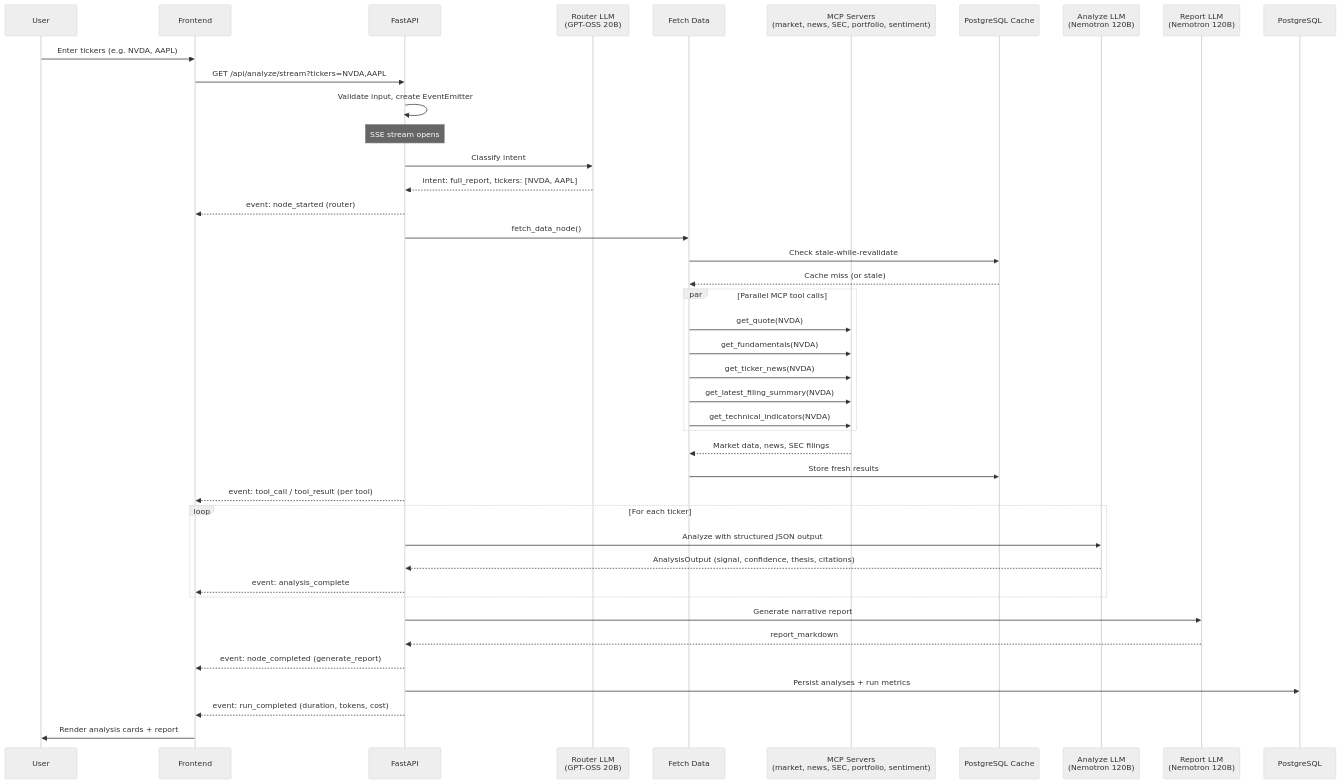
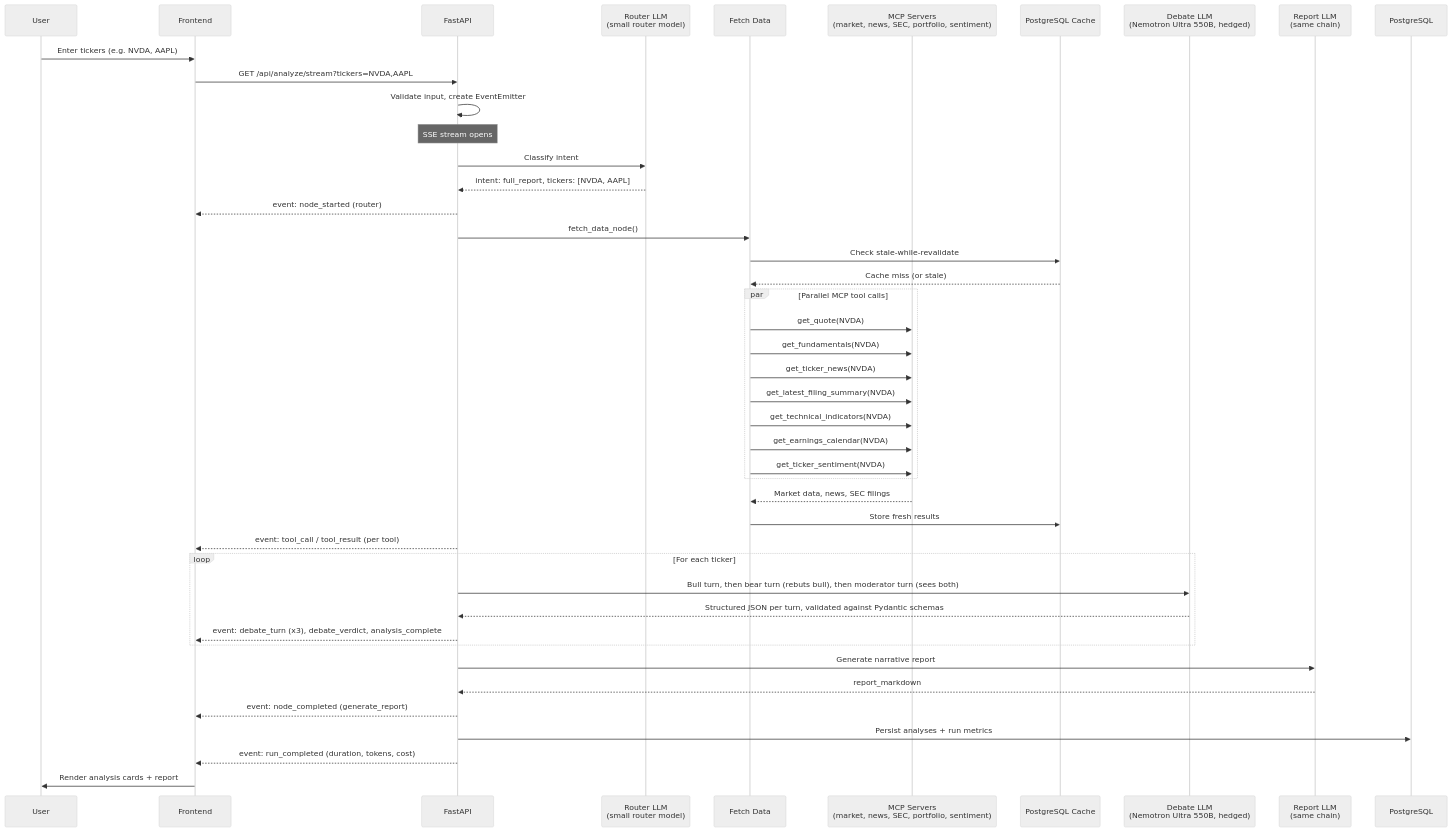
Before and after one commit to cl-xy/ai-investment-analyst: the second of 3 diagrams in docs/ARCHITECTURE.md, drawn with Mermaid (neutral theme). The commit also changed other lines of this file and 9 other files, not shown here.

Commit message:
docs: update architecture, runbook, api, slo and adrs for the debate, stale-if-error and diagnostics changes

````diff
--- a/docs/ARCHITECTURE.md
+++ b/docs/ARCHITECTURE.md
@@ -38,54 +38,56 @@
 ```mermaid
 sequenceDiagram
     participant U as User
     participant FE as Frontend
     participant API as FastAPI
-    participant R as Router LLM<br/>(GPT-OSS 20B)
+    participant R as Router LLM<br/>(small router model)
     participant FD as Fetch Data
     participant MCP as MCP Servers<br/>(market, news, SEC, portfolio, sentiment)
     participant Cache as PostgreSQL Cache
-    participant A as Analyze LLM<br/>(Nemotron 120B)
-    participant Rep as Report LLM<br/>(Nemotron 120B)
+    participant A as Debate LLM<br/>(Nemotron Ultra 550B, hedged)
+    participant Rep as Report LLM<br/>(same chain)
     participant PG as PostgreSQL
 
     U->>FE: Enter tickers (e.g. NVDA, AAPL)
     FE->>API: GET /api/analyze/stream?tickers=NVDA,AAPL
     API->>API: Validate input, create EventEmitter
 
     Note over API: SSE stream opens
 
     API->>R: Classify intent
     R-->>API: intent: full_report, tickers: [NVDA, AAPL]
     API-->>FE: event: node_started (router)
 
     API->>FD: fetch_data_node()
     FD->>Cache: Check stale-while-revalidate
     Cache-->>FD: Cache miss (or stale)
 
     par Parallel MCP tool calls
         FD->>MCP: get_quote(NVDA)
         FD->>MCP: get_fundamentals(NVDA)
         FD->>MCP: get_ticker_news(NVDA)
         FD->>MCP: get_latest_filing_summary(NVDA)
         FD->>MCP: get_technical_indicators(NVDA)
+        FD->>MCP: get_earnings_calendar(NVDA)
+        FD->>MCP: get_ticker_sentiment(NVDA)
     end
 
     MCP-->>FD: Market data, news, SEC filings
     FD->>Cache: Store fresh results
     API-->>FE: event: tool_call / tool_result (per tool)
 
     loop For each ticker
-        API->>A: Analyze with structured JSON output
-        A-->>API: AnalysisOutput (signal, confidence, thesis, citations)
-        API-->>FE: event: analysis_complete
+        API->>A: Bull turn, then bear turn (rebuts bull), then moderator turn (sees both)
+        A-->>API: Structured JSON per turn, validated against Pydantic schemas
+        API-->>FE: event: debate_turn (x3), debate_verdict, analysis_complete
     end
 
     API->>Rep: Generate narrative report
     Rep-->>API: report_markdown
     API-->>FE: event: node_completed (generate_report)
 
     API->>PG: Persist analyses + run metrics
     API-->>FE: event: run_completed (duration, tokens, cost)
 
     FE->>U: Render analysis cards + report
 ```
````
